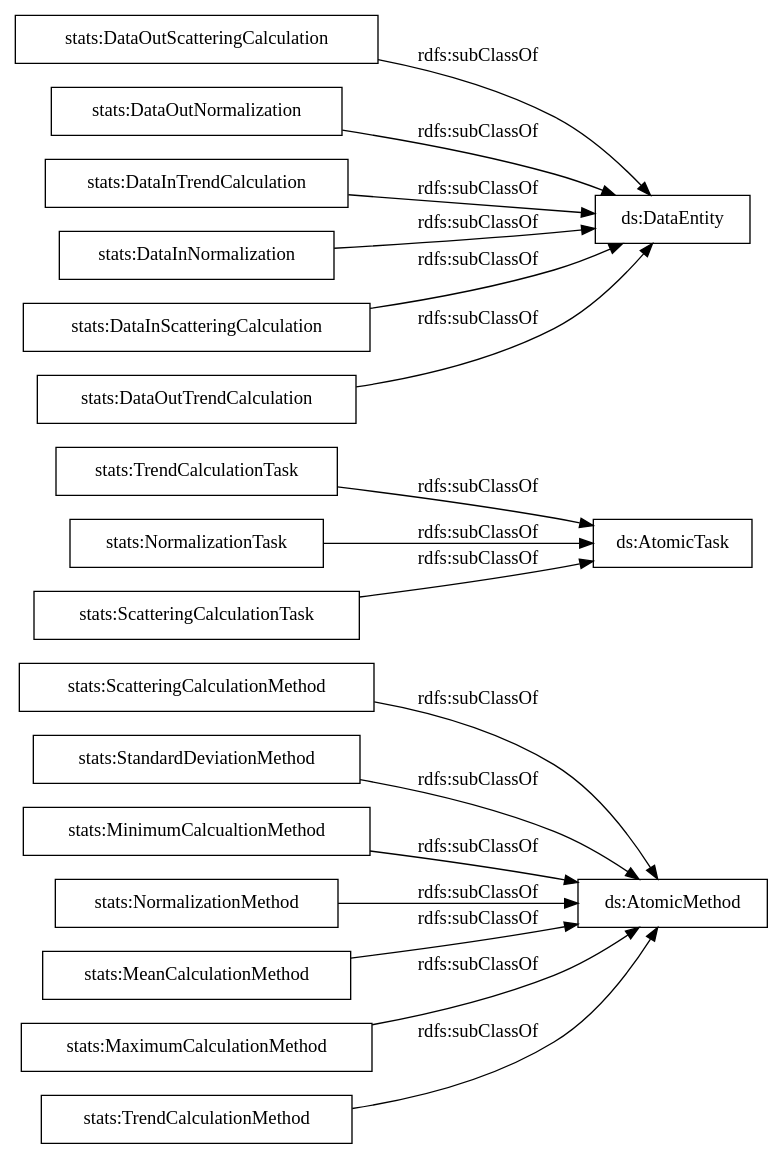
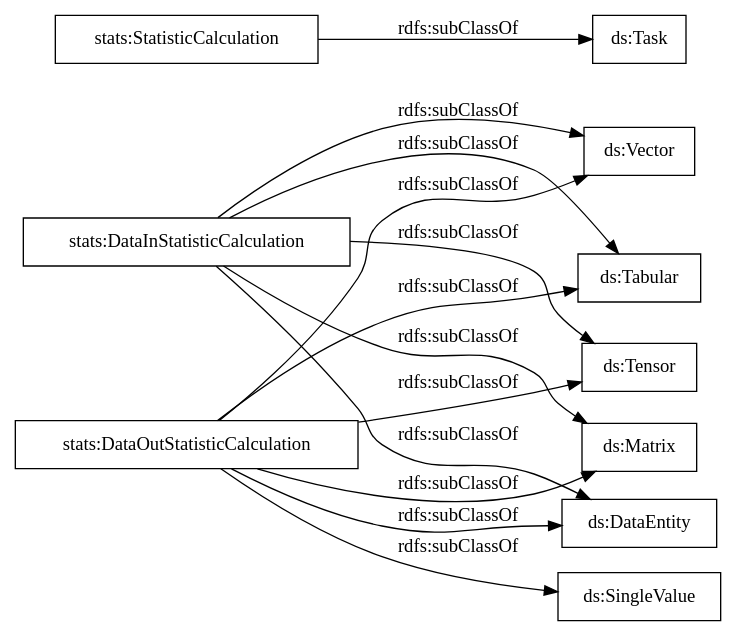
The diagram in OnToology/stats_exeKGOntology.ttl/diagrams/ar2dtool-taxonomy/stats_exeKGOntology.ttl.png.dot (nsai-uio/ExeKGOntology), drawn with Graphviz before and after one commit. The commit also changed 15 other files, not shown here.

```diff
--- a/OnToology/stats_exeKGOntology.ttl/diagrams/ar2dtool-taxonomy/stats_exeKGOntology.ttl.png.dot
+++ b/OnToology/stats_exeKGOntology.ttl/diagrams/ar2dtool-taxonomy/stats_exeKGOntology.ttl.png.dot
@@ -1,22 +1,18 @@
 digraph ar2dtool_diagram { 
 rankdir=LR;
 size="1000"
-node [shape = rectangle, color="black"]; "stats:ScatteringCalculationMethod" "stats:StandardDeviationMethod" "stats:TrendCalculationTask" "stats:DataOutScatteringCalculation" "stats:NormalizationTask" "stats:MinimumCalcualtionMethod" "stats:DataOutNormalization" "stats:DataInTrendCalculation" "stats:DataInNormalization" "stats:DataInScatteringCalculation" "stats:NormalizationMethod" "stats:ScatteringCalculationTask" "stats:MeanCalculationMethod" "stats:MaximumCalculationMethod" "stats:TrendCalculationMethod" "stats:DataOutTrendCalculation" ; /*classes style*/
-	"stats:DataOutNormalization" -> "ds:DataEntity" [ label = "rdfs:subClassOf" ];
-	"stats:NormalizationMethod" -> "ds:AtomicMethod" [ label = "rdfs:subClassOf" ];
-	"stats:TrendCalculationMethod" -> "ds:AtomicMethod" [ label = "rdfs:subClassOf" ];
-	"stats:MeanCalculationMethod" -> "ds:AtomicMethod" [ label = "rdfs:subClassOf" ];
-	"stats:TrendCalculationTask" -> "ds:AtomicTask" [ label = "rdfs:subClassOf" ];
-	"stats:DataInScatteringCalculation" -> "ds:DataEntity" [ label = "rdfs:subClassOf" ];
-	"stats:DataInNormalization" -> "ds:DataEntity" [ label = "rdfs:subClassOf" ];
-	"stats:NormalizationTask" -> "ds:AtomicTask" [ label = "rdfs:subClassOf" ];
-	"stats:DataInTrendCalculation" -> "ds:DataEntity" [ label = "rdfs:subClassOf" ];
-	"stats:ScatteringCalculationMethod" -> "ds:AtomicMethod" [ label = "rdfs:subClassOf" ];
-	"stats:DataOutScatteringCalculation" -> "ds:DataEntity" [ label = "rdfs:subClassOf" ];
-	"stats:StandardDeviationMethod" -> "ds:AtomicMethod" [ label = "rdfs:subClassOf" ];
-	"stats:MaximumCalculationMethod" -> "ds:AtomicMethod" [ label = "rdfs:subClassOf" ];
-	"stats:DataOutTrendCalculation" -> "ds:DataEntity" [ label = "rdfs:subClassOf" ];
-	"stats:ScatteringCalculationTask" -> "ds:AtomicTask" [ label = "rdfs:subClassOf" ];
-	"stats:MinimumCalcualtionMethod" -> "ds:AtomicMethod" [ label = "rdfs:subClassOf" ];
+node [shape = rectangle, color="black"]; "stats:DataOutStatisticCalculation" "stats:DataInStatisticCalculation" "stats:StatisticCalculation" ; /*classes style*/
+	"stats:DataInStatisticCalculation" -> "ds:Tabular" [ label = "rdfs:subClassOf" ];
+	"stats:DataInStatisticCalculation" -> "ds:Vector" [ label = "rdfs:subClassOf" ];
+	"stats:DataInStatisticCalculation" -> "ds:Matrix" [ label = "rdfs:subClassOf" ];
+	"stats:DataInStatisticCalculation" -> "ds:Tensor" [ label = "rdfs:subClassOf" ];
+	"stats:DataInStatisticCalculation" -> "ds:DataEntity" [ label = "rdfs:subClassOf" ];
+	"stats:StatisticCalculation" -> "ds:Task" [ label = "rdfs:subClassOf" ];
+	"stats:DataOutStatisticCalculation" -> "ds:Tabular" [ label = "rdfs:subClassOf" ];
+	"stats:DataOutStatisticCalculation" -> "ds:SingleValue" [ label = "rdfs:subClassOf" ];
+	"stats:DataOutStatisticCalculation" -> "ds:Vector" [ label = "rdfs:subClassOf" ];
+	"stats:DataOutStatisticCalculation" -> "ds:Matrix" [ label = "rdfs:subClassOf" ];
+	"stats:DataOutStatisticCalculation" -> "ds:Tensor" [ label = "rdfs:subClassOf" ];
+	"stats:DataOutStatisticCalculation" -> "ds:DataEntity" [ label = "rdfs:subClassOf" ];
 
 }
```
